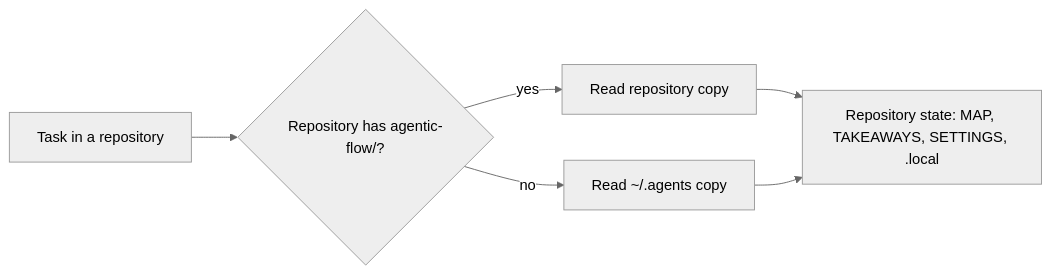
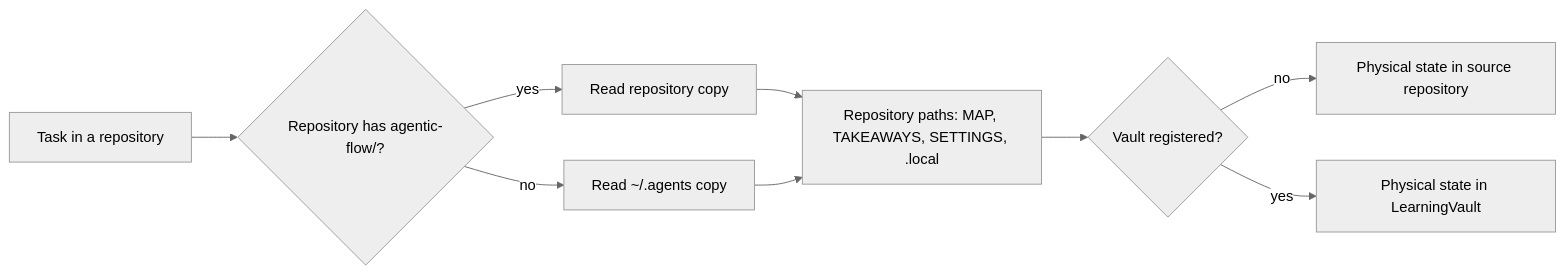
One commit to legrab/codebase-learning-flow changed the second of 4 diagrams in docs/ARCHITECTURE.md. Above: the diagram before and after it, drawn with Mermaid (neutral theme). The commit also changed other lines of this file and 7 other files, not shown here.

First line of the commit message:
docs: define LearningVault ownership and operation

````diff
--- a/docs/ARCHITECTURE.md
+++ b/docs/ARCHITECTURE.md
@@ -132,8 +139,11 @@
 ```mermaid
 flowchart LR
     T[Task in a repository] --> R{Repository has agentic-flow/?}
     R -->|yes| L[Read repository copy]
     R -->|no| G[Read ~/.agents copy]
-    L --> S[Repository state: MAP, TAKEAWAYS, SETTINGS, .local]
+    L --> S[Repository paths: MAP, TAKEAWAYS, SETTINGS, .local]
     G --> S
+    S --> P{Vault registered?}
+    P -->|no| D[Physical state in source repository]
+    P -->|yes| V[Physical state in LearningVault]
 ```
````
